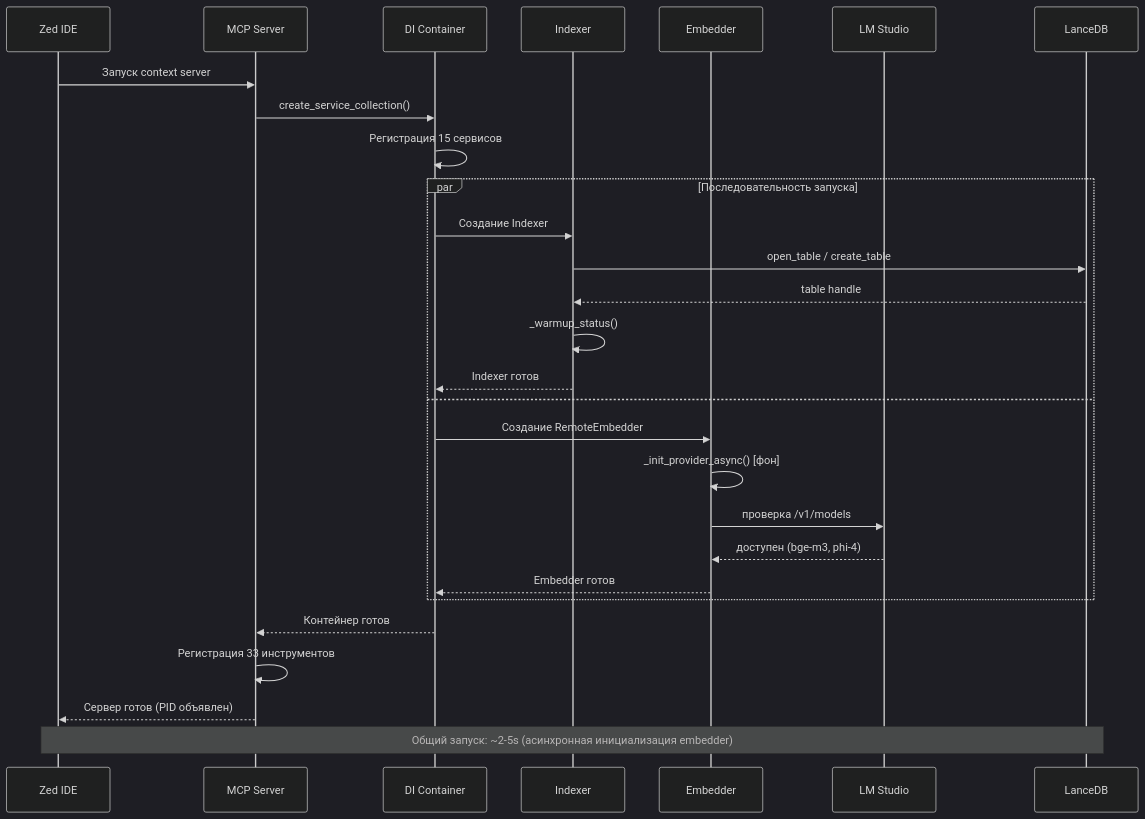
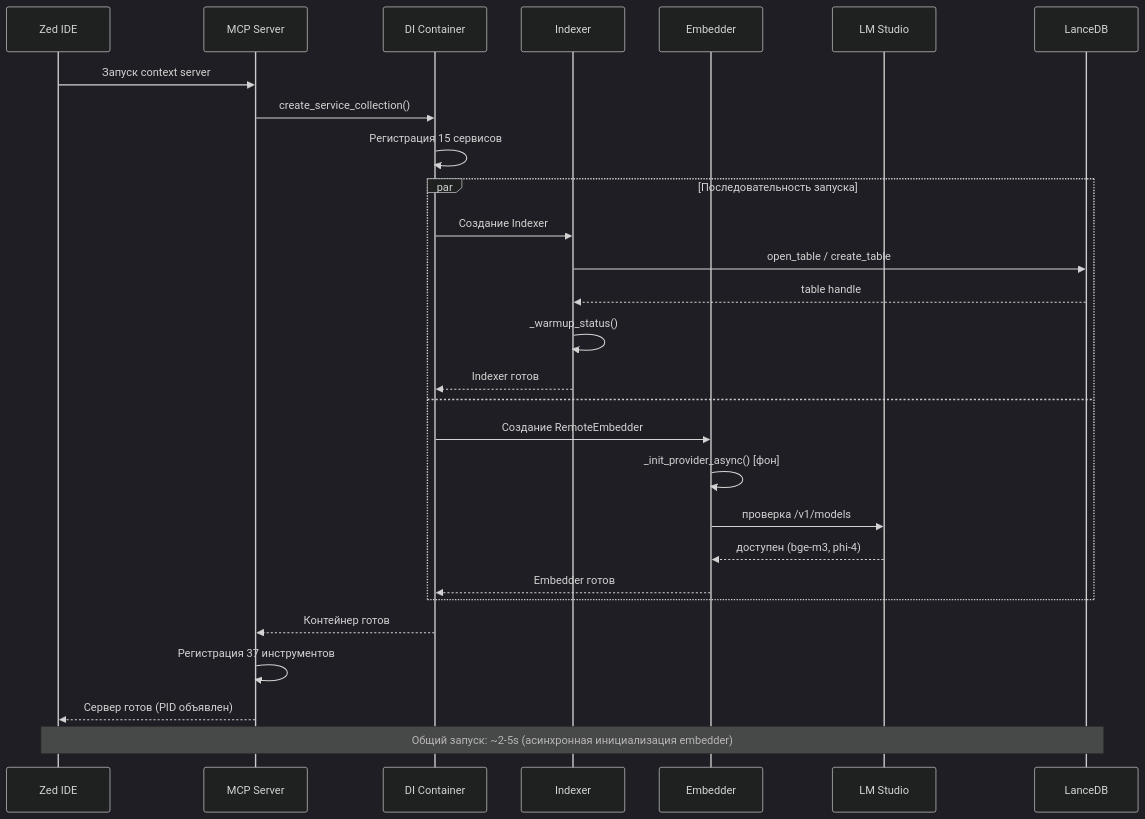
The fifth of 8 diagrams in docs/ru/ARCHITECTURE_DEEP.md (ManSio/mscodebase-intelligence), drawn with Mermaid (dark theme) before and after one commit. The commit also changed other lines of this file and 20 other files, not shown here.

````diff
--- a/docs/ru/ARCHITECTURE_DEEP.md
+++ b/docs/ru/ARCHITECTURE_DEEP.md
@@ -168,34 +168,34 @@
 ```mermaid
 sequenceDiagram
     participant Zed as Zed IDE
     participant MCP as MCP Server
     participant DI as DI Container
     participant IX as Indexer
     participant EM as Embedder
     participant LM as LM Studio
     participant DB as LanceDB
 
     Zed->>MCP: Запуск context server
     MCP->>DI: create_service_collection()
     DI->>DI: Регистрация 15 сервисов
     
     par Последовательность запуска
         DI->>IX: Создание Indexer
         IX->>DB: open_table / create_table
         DB-->>IX: table handle
         IX->>IX: _warmup_status()
         IX-->>DI: Indexer готов
     and
         DI->>EM: Создание RemoteEmbedder
         EM->>EM: _init_provider_async() [фон]
         EM->>LM: проверка /v1/models
         LM-->>EM: доступен (bge-m3, phi-4)
         EM-->>DI: Embedder готов
     end
     
     DI-->>MCP: Контейнер готов
-    MCP->>MCP: Регистрация 33 инструментов
+    MCP->>MCP: Регистрация 37 инструментов
     MCP-->>Zed: Сервер готов (PID объявлен)
     
     Note over Zed,DB: Общий запуск: ~2-5s (асинхронная инициализация embedder)
 ```
````
